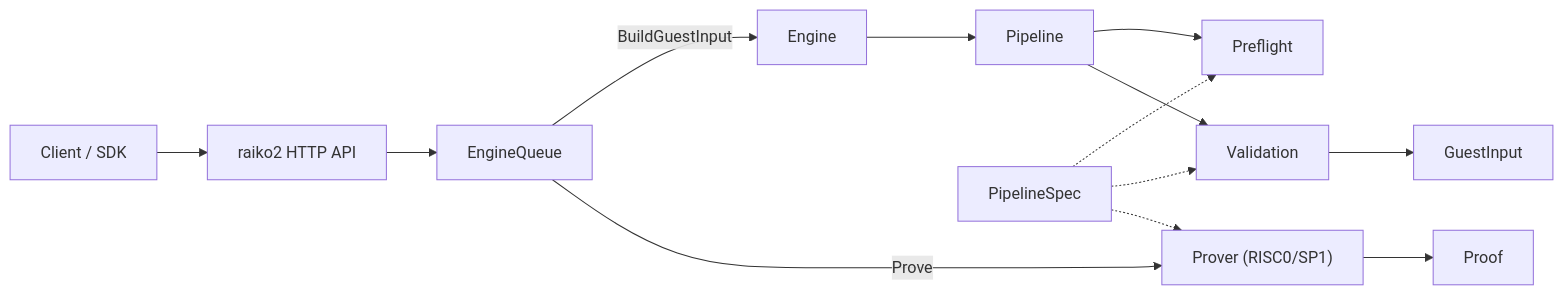
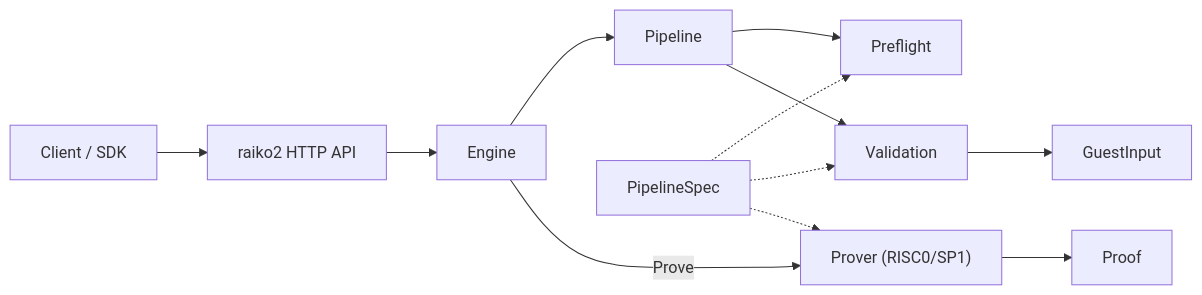
One commit to taikoxyz/raiko2 changed the second of 4 diagrams in README.md. Above: the diagram before and after it, drawn with Mermaid. The commit also changed other lines of this file and 5 other files, not shown here.

Commit message:
Replace EngineQueue with Engine

````diff
--- a/README.md
+++ b/README.md
@@ -64,15 +64,14 @@
 ```mermaid
 flowchart LR
   C["Client / SDK"] --> A["raiko2 HTTP API"]
-  A --> Q["EngineQueue"]
-  Q -->|BuildGuestInput| E["Engine"]
-  E --> PL["Pipeline"]
+  A --> Q["Engine"]
+  Q --> PL["Pipeline"]
   PL --> PF["Preflight"]
   PL --> VA["Validation"]
   VA --> GI["GuestInput"]
   Q -->|Prove| PR["Prover (RISC0/SP1)"]
   PR --> PO["Proof"]
   HF["PipelineSpec"] -.-> PF
   HF -.-> VA
   HF -.-> PR
 ```
````
